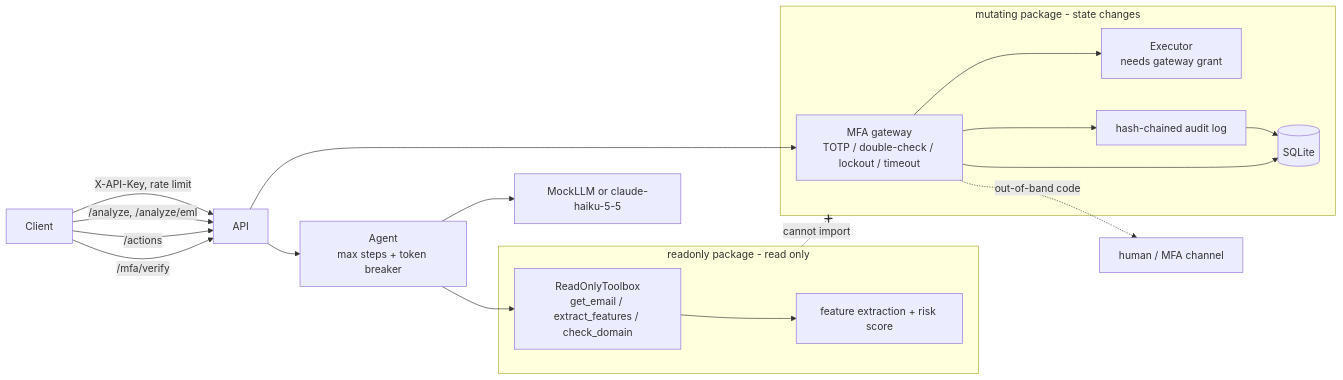
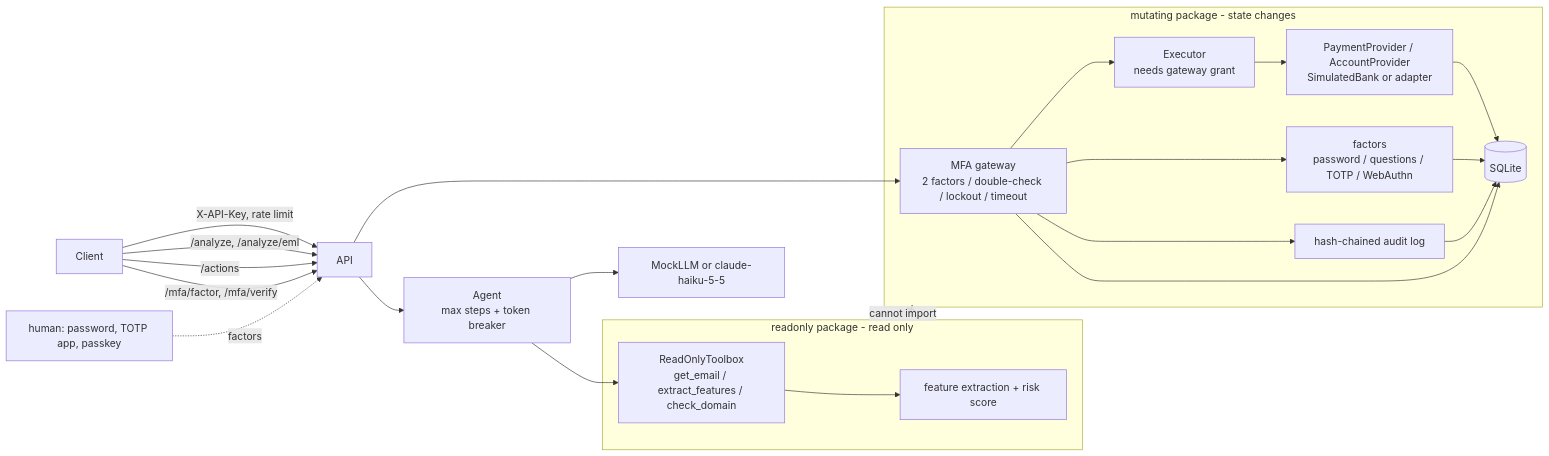
Before and after one commit to King-Dunk/phishguard: the diagram in README.md, drawn with Mermaid. The commit also changed other lines of this file and 2 other files, not shown here.

First line of the commit message:
Docs: two-factor MFA, payments integration guide, DESIGN Q43-Q53

````diff
--- a/README.md
+++ b/README.md
@@ -32,25 +34,28 @@
 ```mermaid
 flowchart LR
     Client -->|X-API-Key, rate limit| API
     Client -->|/analyze, /analyze/eml| API
     Client -->|/actions| API
-    Client -->|/mfa/verify| API
+    Client -->|/mfa/factor, /mfa/verify| API
     subgraph RO[readonly package - read only]
         TB[ReadOnlyToolbox<br/>get_email / extract_features / check_domain]
         F[feature extraction + risk score]
     end
     subgraph MU[mutating package - state changes]
-        GW[MFA gateway<br/>TOTP / double-check / lockout / timeout]
+        GW[MFA gateway<br/>2 factors / double-check / lockout / timeout]
+        FA[factors<br/>password / questions / TOTP / WebAuthn]
         EX[Executor<br/>needs gateway grant]
+        PP[PaymentProvider / AccountProvider<br/>SimulatedBank or adapter]
         AU[hash-chained audit log]
         DB[(SQLite)]
     end
     API --> AG[Agent<br/>max steps + token breaker]
     AG --> LLM[MockLLM or claude-haiku-5-5]
     AG --> TB --> F
-    API --> GW --> EX
+    API --> GW --> EX --> PP --> DB
+    GW --> FA --> DB
     GW --> AU --> DB
     GW --> DB
-    GW -.out-of-band code.-> User[human / MFA channel]
+    User[human: password, TOTP app, passkey] -.factors.-> API
     RO -. cannot import .-x MU
 ```
````
